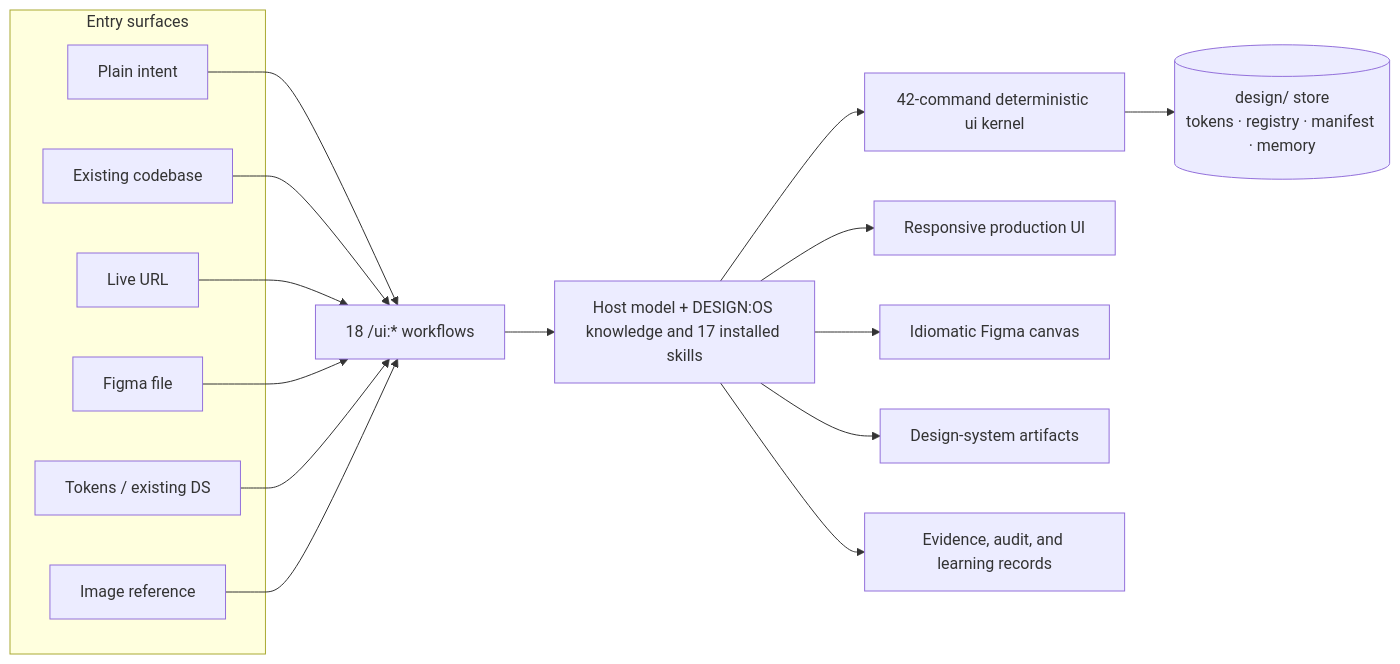
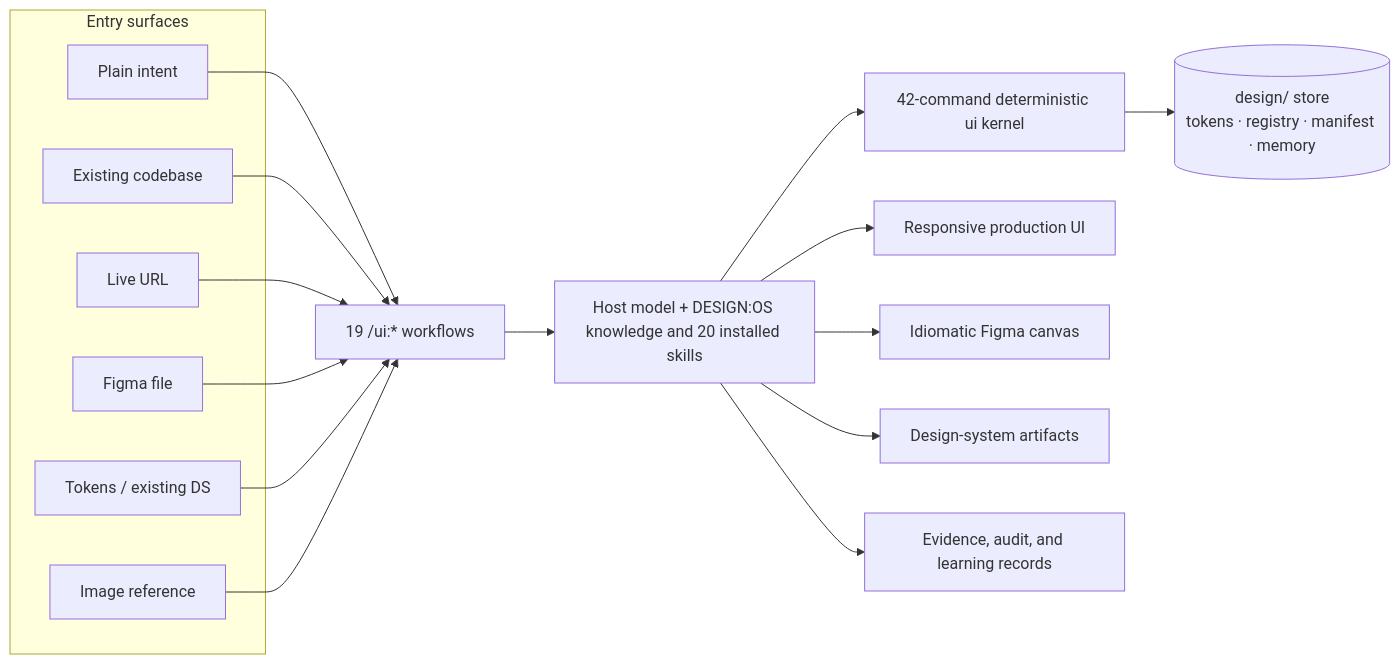
The second of 2 diagrams in README.md (jangtrinh/design-os), drawn with Mermaid before and after one commit. The commit also changed other lines of this file and 42 other files, not shown here.

````diff
--- a/README.md
+++ b/README.md
@@ -749,24 +754,24 @@
 ```mermaid
 flowchart LR
     subgraph IN["Entry surfaces"]
       E1["Plain intent"]
       E2["Existing codebase"]
       E3["Live URL"]
       E4["Figma file"]
       E5["Tokens / existing DS"]
       E6["Image reference"]
     end
-    E1 --> W["18 /ui:* workflows"]
+    E1 --> W["19 /ui:* workflows"]
     E2 --> W
     E3 --> W
     E4 --> W
     E5 --> W
     E6 --> W
-    W --> H["Host model + DESIGN:OS knowledge and 17 installed skills"]
+    W --> H["Host model + DESIGN:OS knowledge and 20 installed skills"]
     H --> K["42-command deterministic ui kernel"]
     H --> O1["Responsive production UI"]
     H --> O2["Idiomatic Figma canvas"]
     H --> O3["Design-system artifacts"]
     H --> O4["Evidence, audit, and learning records"]
     K --> DS[("design/ store<br/>tokens · registry · manifest · memory")]
 ```
````
